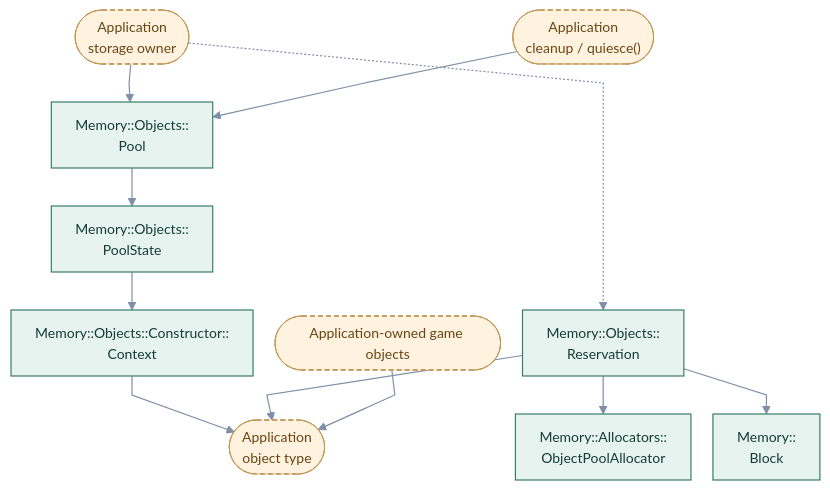
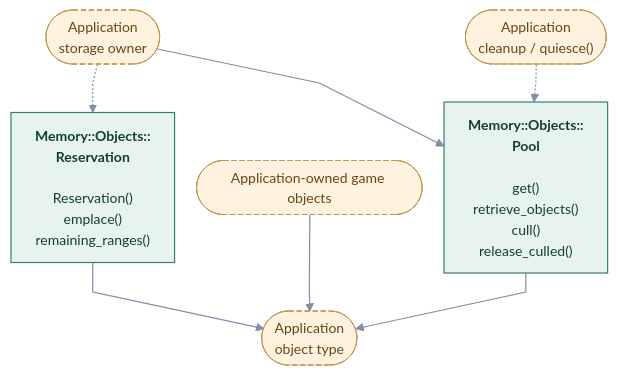
Before and after one commit to cppcooper/cheryl-engine: the diagram in docs/site/engine-systems/diagrams/memory-application.mmd, drawn with Mermaid. The commit also changed 25 other files, not shown here.

First line of the commit message:
Adds public method entry points to application diagrams

```diff
--- a/docs/site/engine-systems/diagrams/memory-application.mmd
+++ b/docs/site/engine-systems/diagrams/memory-application.mmd
@@ -1,41 +1,33 @@
 ---
 config:
   theme: base
   themeVariables:
     fontFamily: system-ui, sans-serif
     fontSize: 14px
   flowchart:
     htmlLabels: true
     curve: linear
     nodeSpacing: 22
     rankSpacing: 38
     padding: 12
 ---
 flowchart TB
     accTitle: Memory · application object storage
-    accDescr: Arrows point toward dependencies. Application roles are rounded; named API operations have rounded corners. Dashed arrows mark optional choices.
+    accDescr: Arrows point toward the API or type used, not call order or data flow. Methods beneath type names are selected application entry points; Implement hooks marks engine-invoked overrides. Dashed arrows mark optional choices.
     k0(["Application<br/>storage owner"]):::app
-    k1["Memory::Objects::<br/>Pool"]:::focal
-    k2["Memory::Objects::<br/>PoolState"]:::focal
-    k3["Memory::Objects::Constructor::<br/>Context"]:::focal
-    k4["Memory::Objects::<br/>Reservation"]:::focal
-    k5["Memory::Allocators::<br/>ObjectPoolAllocator"]:::focal
-    k6["Memory::<br/>Block"]:::focal
-    k7(["Application<br/>object type"]):::app
-    k8(["Application-owned game objects"]):::app
-    k9(["Application<br/>cleanup / quiesce()"]):::app
+    k1["<b>Memory::Objects::<br/>Pool</b><br/><br/>get()<br/>retrieve_objects()<br/>cull()<br/>release_culled()"]:::focal
+    k2["<b>Memory::Objects::<br/>Reservation</b><br/><br/>Reservation()<br/>emplace()<br/>remaining_ranges()"]:::focal
+    k3(["Application<br/>object type"]):::app
+    k4(["Application-owned game objects"]):::app
+    k5(["Application<br/>cleanup / quiesce()"]):::app
     k0 --> k1
-    k1 --> k2
+    k0 -.-> k2
     k2 --> k3
-    k0 -.-> k4
-    k4 --> k5
-    k4 --> k6
-    k3 --> k7
-    k4 --> k7
-    k8 --> k7
-    k9 --> k1
+    k4 --> k3
+    k5 -.-> k1
+    k1 --> k3
     classDef focal fill:#e7f3ef,stroke:#387d6b,color:#153d33,stroke-width:1.2px
     classDef neighbor fill:#f0f3f8,stroke:#8c9bb1,color:#35445b,stroke-width:1px
     classDef app fill:#fff2df,stroke:#c09452,color:#674515,stroke-dasharray:5 3
     classDef system fill:#eaf0fc,stroke:#617fab,color:#263f69,stroke-width:1.2px
     linkStyle default stroke:#7e8fa7,stroke-width:1.2px
```
